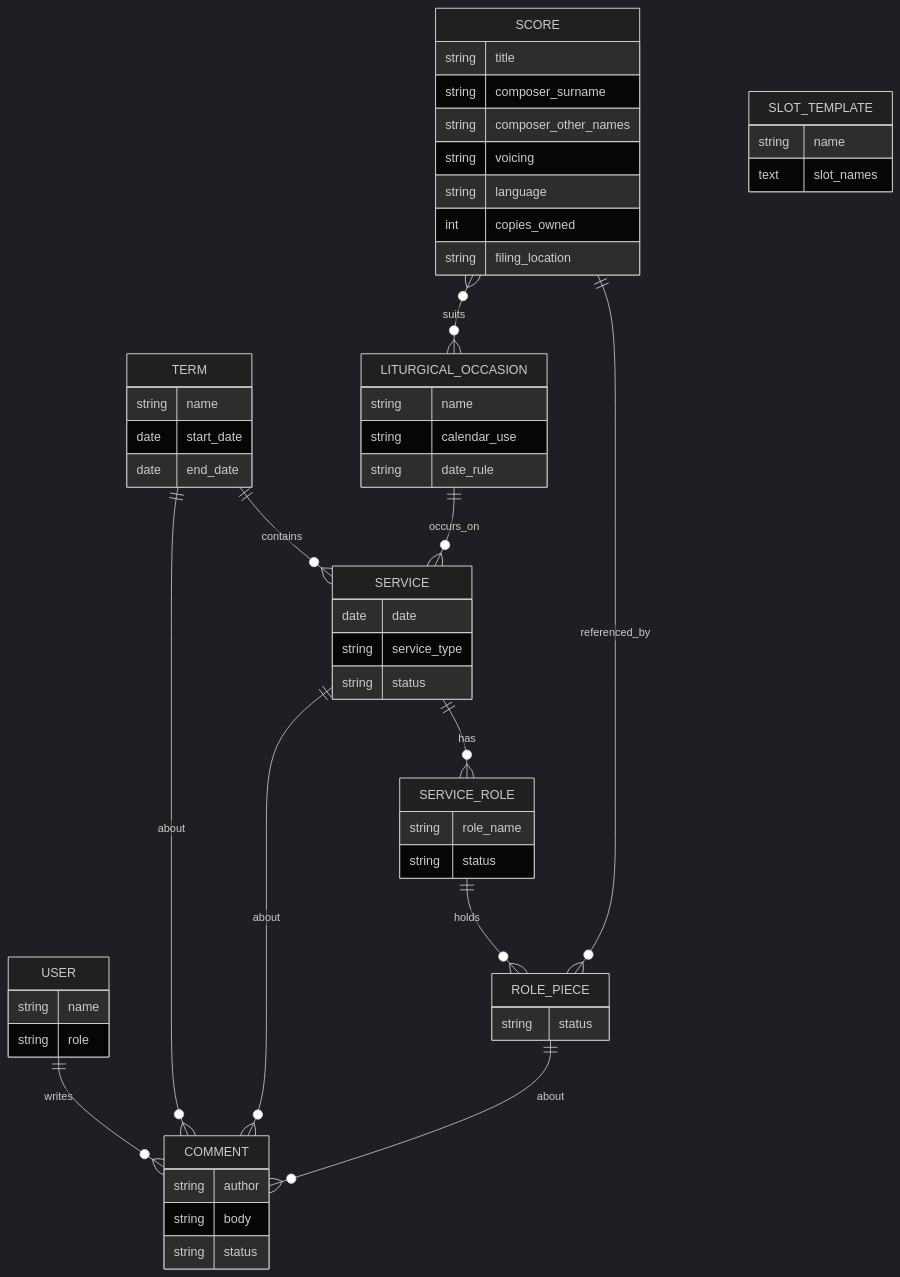
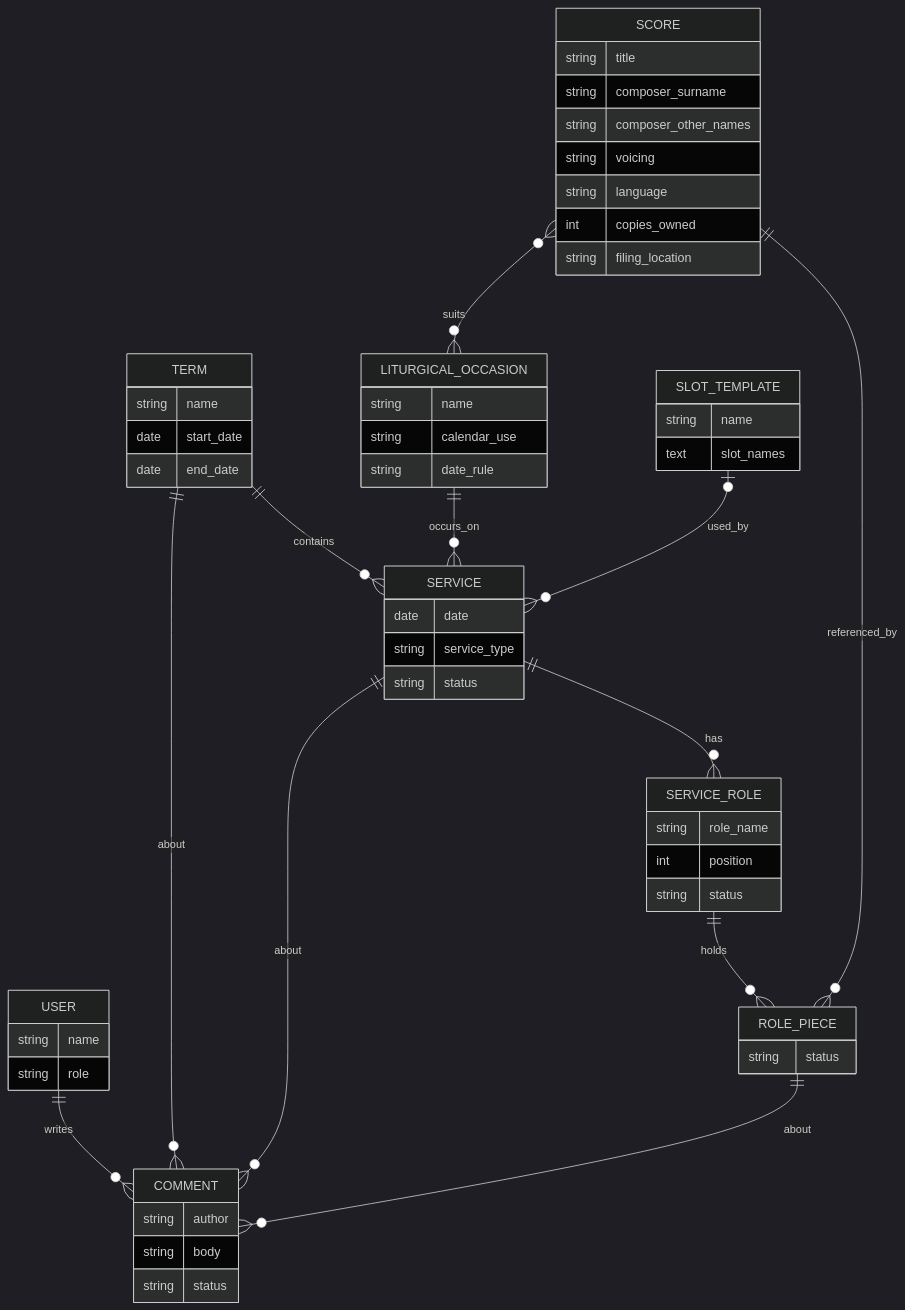
One commit to StockoL/precentor changed the diagram in docs/erd.mmd. Above: the diagram before and after it, drawn with Mermaid (dark theme). The commit also changed 3 other files, not shown here.

```diff
--- a/docs/erd.mmd
+++ b/docs/erd.mmd
@@ -1,63 +1,66 @@
 erDiagram
   %% See docs/models_plan.md for the reasoning behind these choices:
   %% - SCORE <-> LITURGICAL_OCCASION is a through-table (many-to-many)
   %% - COMMENT's link to TERM/SERVICE/ROLE_PIECE is one polymorphic
   %%   GenericForeignKey in Django, shown here as three edges since
   %%   erDiagram syntax can't express "one FK, any of three tables"
-  %% - SLOT_TEMPLATE has no relationship: applying one copies its slot
-  %%   names into new SERVICE_ROLE rows, and nothing links back
+  %% - applying a SLOT_TEMPLATE copies its slot names into new
+  %%   SERVICE_ROLE rows, which keep no link to it; the SERVICE only
+  %%   records which template it uses now
   USER ||--o{ COMMENT : writes
   TERM ||--o{ SERVICE : contains
   LITURGICAL_OCCASION ||--o{ SERVICE : occurs_on
   SERVICE ||--o{ SERVICE_ROLE : has
+  SLOT_TEMPLATE |o--o{ SERVICE : used_by
   SERVICE_ROLE ||--o{ ROLE_PIECE : holds
   SCORE ||--o{ ROLE_PIECE : referenced_by
   SCORE }o--o{ LITURGICAL_OCCASION : suits
   TERM ||--o{ COMMENT : about
   SERVICE ||--o{ COMMENT : about
   ROLE_PIECE ||--o{ COMMENT : about
 
   USER {
     string name
     string role
   }
   TERM {
     string name
     date start_date
     date end_date
   }
   SERVICE {
     date date
     string service_type
     string status
   }
   SERVICE_ROLE {
     string role_name
+    int position
     string status
   }
   SLOT_TEMPLATE {
     string name
     text slot_names
   }
   ROLE_PIECE {
     string status
   }
   SCORE {
     string title
     string composer_surname
     string composer_other_names
     string voicing
     string language
     int copies_owned
     string filing_location
   }
   LITURGICAL_OCCASION {
     string name
     string calendar_use
     string date_rule
   }
   COMMENT {
     string author
     string body
     string status
   }
```
